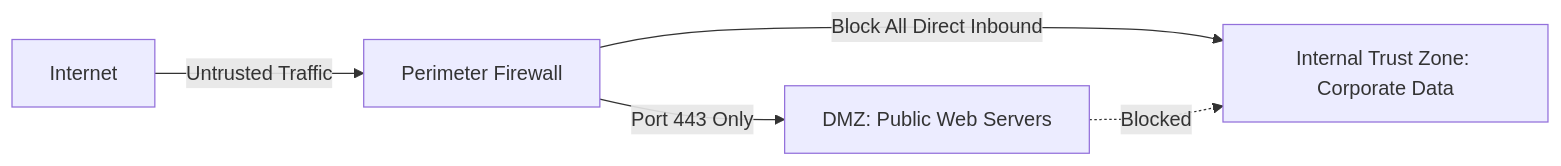
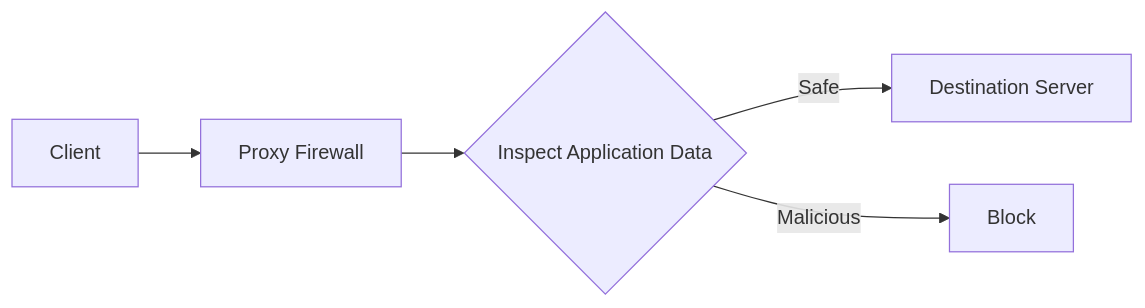
One commit to namaewafaisal/Obsidian_Vault changed the fourth of 5 diagrams in 03-Academics/Network_Security/Firewall.md. Above: the diagram before and after it, drawn with Mermaid. The commit also changed other lines of this file and 4 other files, not shown here.

````diff
--- a/03-Academics/Network_Security/Firewall.md
+++ b/03-Academics/Network_Security/Firewall.md
@@ -66,7 +211,10 @@
 ```mermaid
-graph LR
-    Internet[Internet] -->|Untrusted Traffic| FW1[Perimeter Firewall]
-    FW1 -->|Port 443 Only| DMZ[DMZ: Public Web Servers]
-    FW1 -->|Block All Direct Inbound| Internal[Internal Trust Zone: Corporate Data]
-    DMZ -.->|Blocked| Internal
+flowchart LR
+    A[Client] --> B[Proxy Firewall]
+
+    B --> C{Inspect Application Data}
+
+    C -->|Safe| D[Destination Server]
+
+    C -->|Malicious| E[Block]
 ```
````
